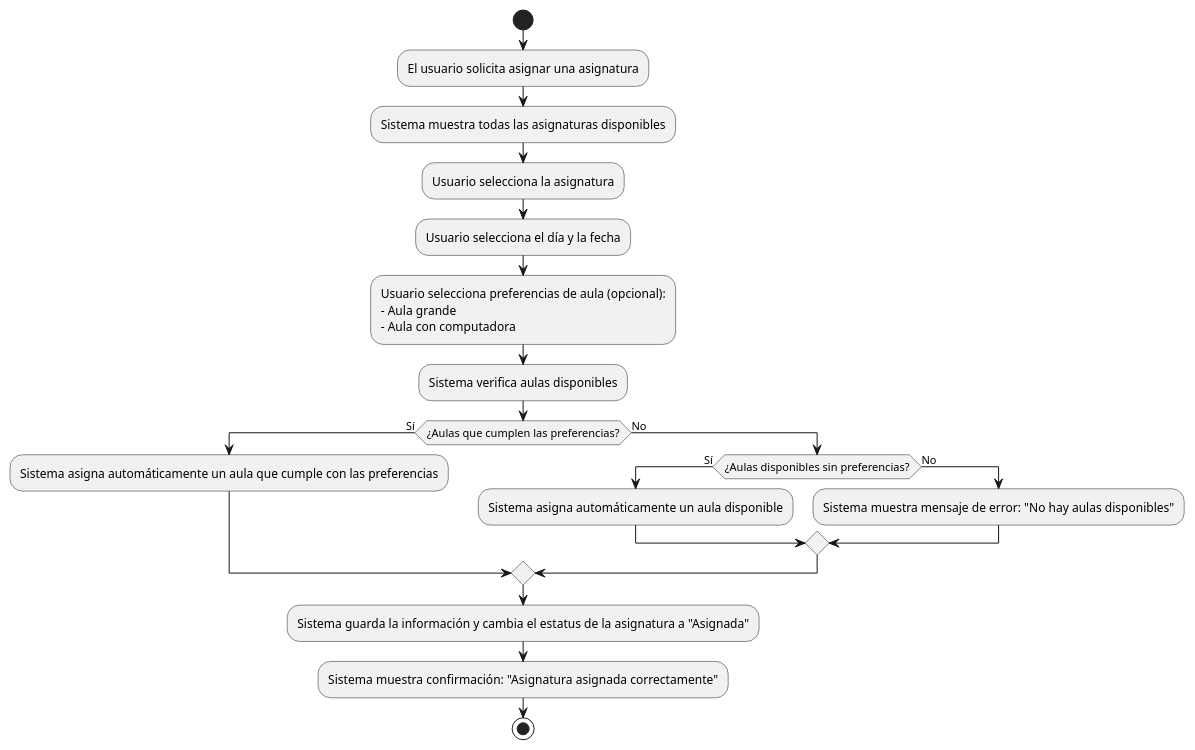
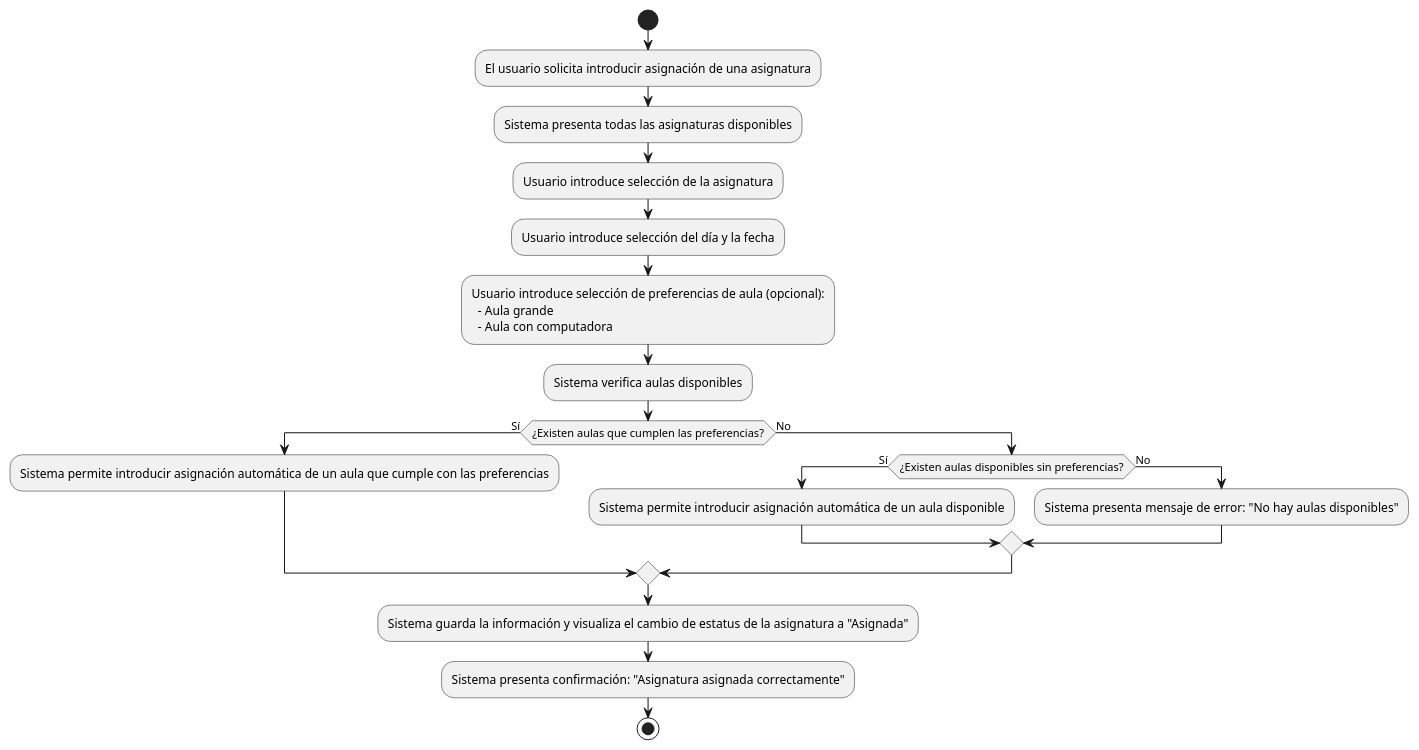
The diagram in casosDeUso/plantUML/VincularAsignaturaHorario.puml (mmasias/24-25-IdSw1-SDR), drawn with PlantUML before and after one commit.

```diff
--- a/casosDeUso/plantUML/VincularAsignaturaHorario.puml
+++ b/casosDeUso/plantUML/VincularAsignaturaHorario.puml
@@ -1,23 +1,23 @@
 @startuml
 start
-:El usuario solicita asignar una asignatura;
-:Sistema muestra todas las asignaturas disponibles;
-:Usuario selecciona la asignatura;
-:Usuario selecciona el día y la fecha;
-:Usuario selecciona preferencias de aula (opcional): 
-- Aula grande 
-- Aula con computadora;
+:El usuario solicita introducir asignación de una asignatura;
+:Sistema presenta todas las asignaturas disponibles;
+:Usuario introduce selección de la asignatura;
+:Usuario introduce selección del día y la fecha;
+:Usuario introduce selección de preferencias de aula (opcional): 
+  - Aula grande 
+  - Aula con computadora;
 :Sistema verifica aulas disponibles;
-if (¿Aulas que cumplen las preferencias?) then (Sí)
-  :Sistema asigna automáticamente un aula que cumple con las preferencias;
+if (¿Existen aulas que cumplen las preferencias?) then (Sí)
+  :Sistema permite introducir asignación automática de un aula que cumple con las preferencias;
 else (No)
-  if (¿Aulas disponibles sin preferencias?) then (Sí)
-    :Sistema asigna automáticamente un aula disponible;
+  if (¿Existen aulas disponibles sin preferencias?) then (Sí)
+    :Sistema permite introducir asignación automática de un aula disponible;
   else (No)
-    :Sistema muestra mensaje de error: "No hay aulas disponibles";
+    :Sistema presenta mensaje de error: "No hay aulas disponibles";
   endif
 endif
-:Sistema guarda la información y cambia el estatus de la asignatura a "Asignada";
-:Sistema muestra confirmación: "Asignatura asignada correctamente";
+:Sistema guarda la información y visualiza el cambio de estatus de la asignatura a "Asignada";
+:Sistema presenta confirmación: "Asignatura asignada correctamente";
 stop
 @enduml
```
